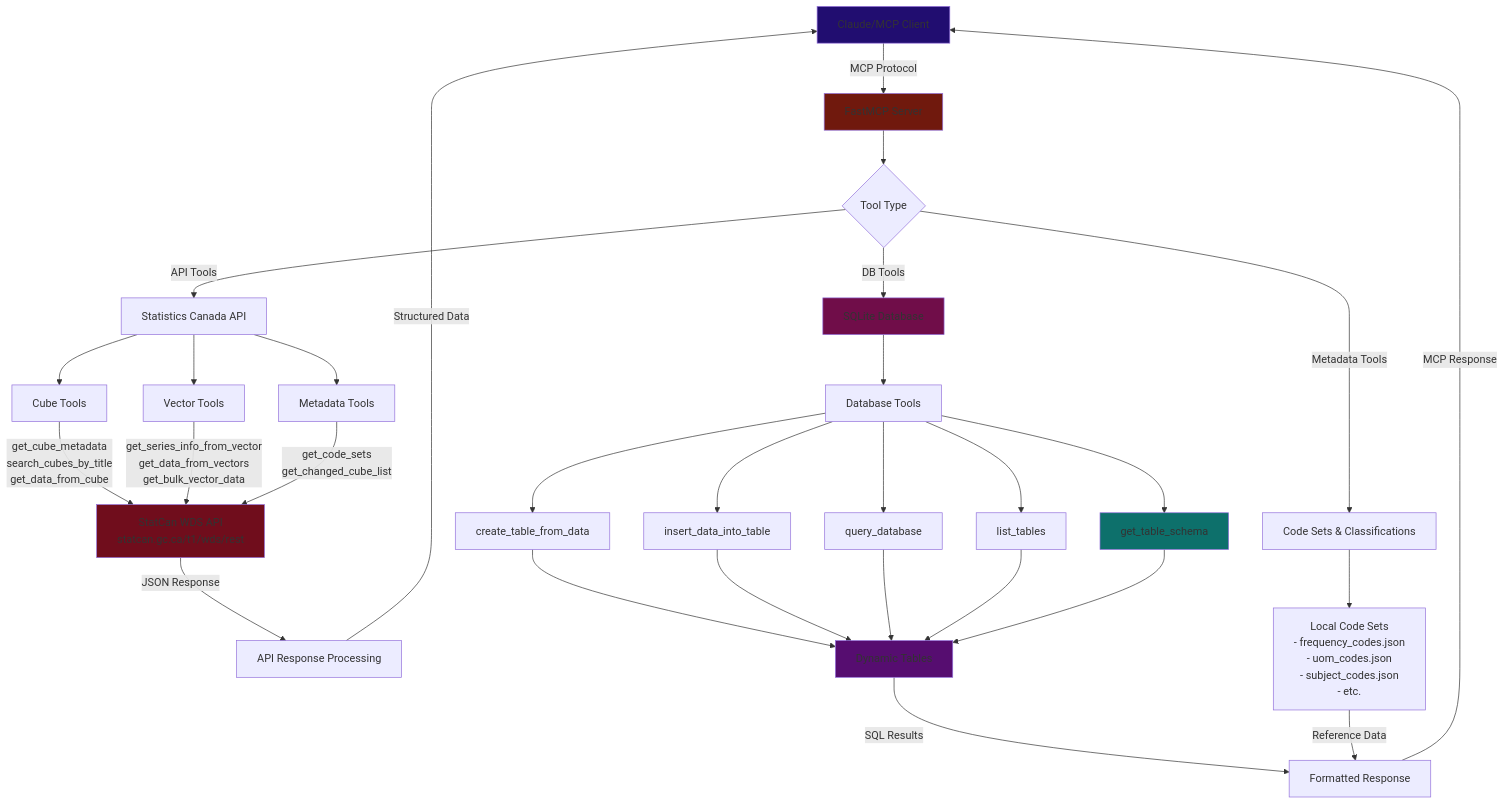
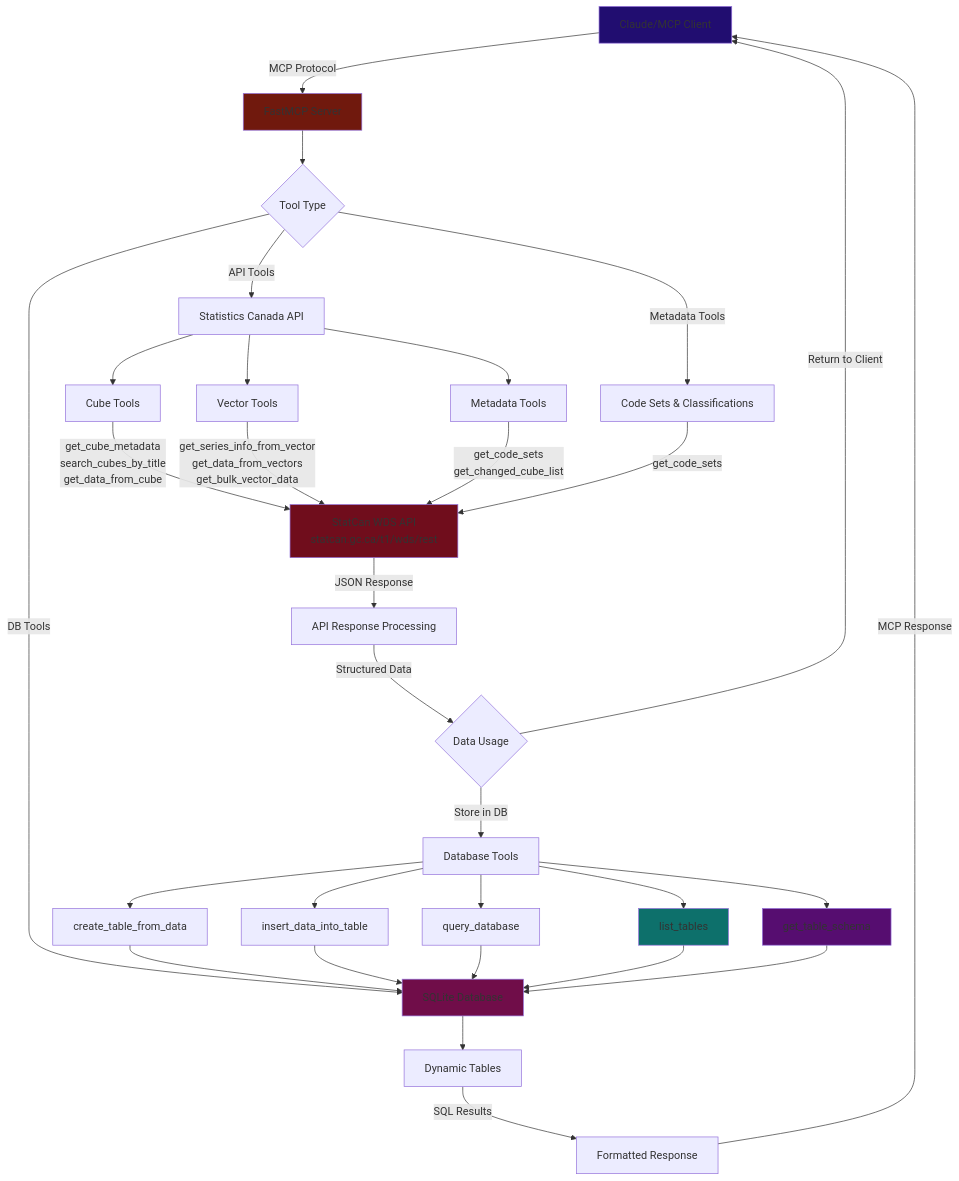
The diagram in IMPLEMENTATIONS.md (Aryan-Jhaveri/mcp-statcan), drawn with Mermaid before and after one commit.

Commit message:
Updated mermaid chart IMPLEMENTATIONS.md

````diff
--- a/IMPLEMENTATIONS.md
+++ b/IMPLEMENTATIONS.md
@@ -19,47 +19,48 @@
 ```mermaid
 flowchart TD
     A[Claude/MCP Client] -->|MCP Protocol| B[FastMCP Server]
     
     B --> C{Tool Type}
     C -->|API Tools| D[Statistics Canada API]
     C -->|DB Tools| E[SQLite Database]
     C -->|Metadata Tools| F[Code Sets & Classifications]
     
     D --> G[Cube Tools]
     D --> H[Vector Tools]
     D --> I[Metadata Tools]
     
     G -->|get_cube_metadata<br/>search_cubes_by_title<br/>get_data_from_cube| J[StatCan WDS API<br/>statcan.gc.ca/t1/wds/rest]
     H -->|get_series_info_from_vector<br/>get_data_from_vectors<br/>get_bulk_vector_data| J
     I -->|get_code_sets<br/>get_changed_cube_list| J
     
     J -->|JSON Response| K[API Response Processing]
-    K -->|Structured Data| A
+    K -->|Structured Data| L{Data Usage}
+    L -->|Return to Client| A
+    L -->|Store in DB| M[Database Tools]
     
-    E --> L[Database Tools]
-    L --> M[create_table_from_data]
-    L --> N[insert_data_into_table] 
-    L --> O[query_database]
-    L --> P[list_tables]
-    L --> Q[get_table_schema]
+    M --> N[create_table_from_data]
+    M --> O[insert_data_into_table] 
+    M --> P[query_database]
+    M --> Q[list_tables]
+    M --> R[get_table_schema]
     
-    M --> R[Dynamic Tables]
-    N --> R
-    O --> R
-    P --> R
-    Q --> R
+    N --> E
+    O --> E
+    P --> E
+    Q --> E
+    R --> E
     
-    R -->|SQL Results| S[Formatted Response]
+    E --> S[Dynamic Tables]
     
-    S -->|MCP Response| A
+    S -->|SQL Results| T[Formatted Response]
+    T -->|MCP Response| A
     
-    F --> T[Local Code Sets<br/>- frequency_codes.json<br/>- uom_codes.json<br/>- subject_codes.json<br/>- etc.]
-    T -->|Reference Data| S
+    F -->|get_code_sets| J
     
     style A fill:#210d70
     style B fill:#70190d
     style E fill:#700d49
     style J fill:#700d1c
     style Q fill:#0d706b
     style R fill:#560d70
 ```
````
